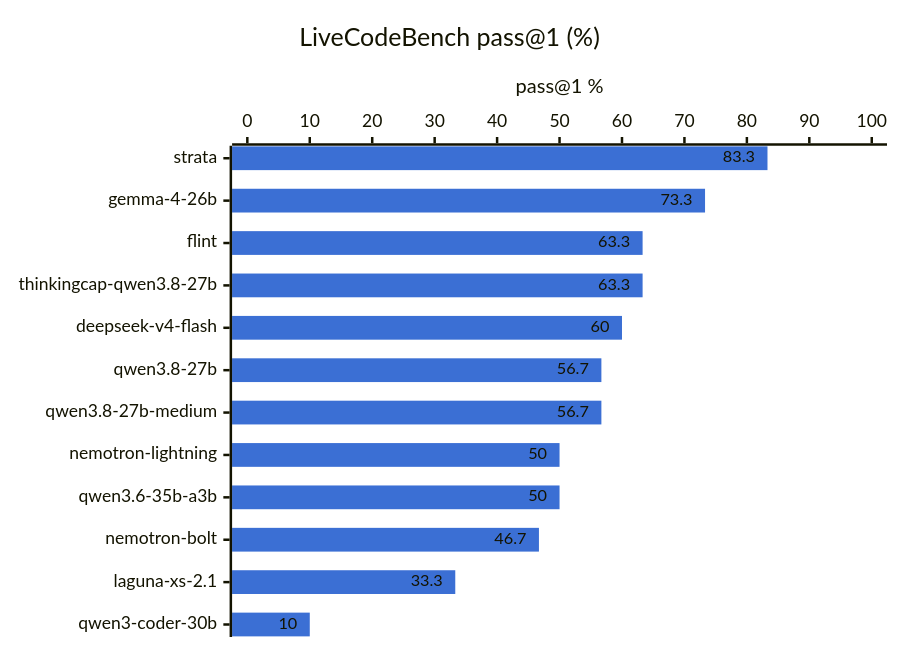
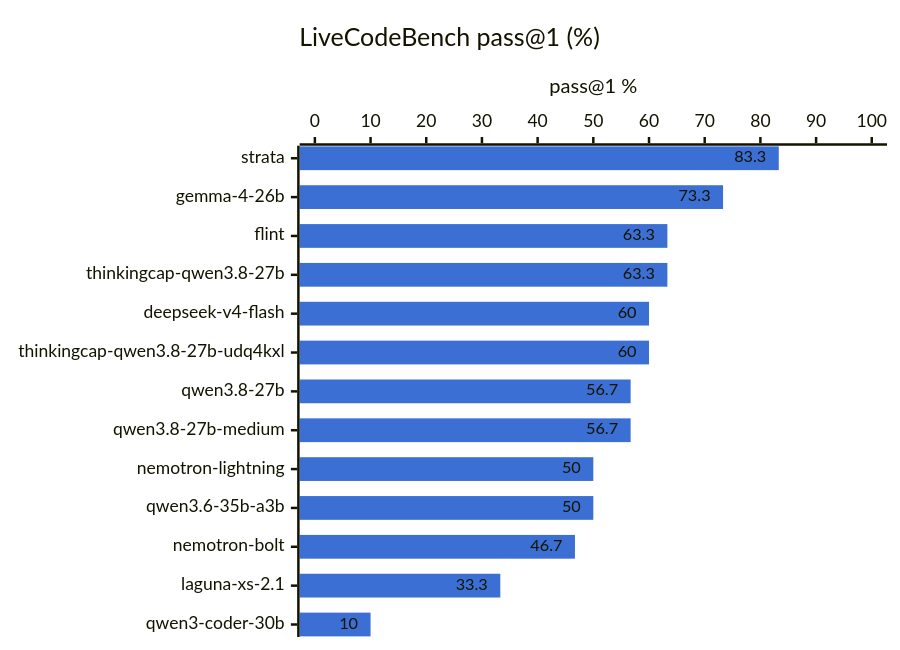
Before and after one commit to hofftodd/ai-bench: the second of 3 diagrams in RESULTS.md, drawn with Mermaid. The commit also changed other lines of this file and 4 other files, not shown here.

````diff
--- a/RESULTS.md
+++ b/RESULTS.md
@@ -20,8 +20,8 @@
 ```mermaid
 %%{init: {"xyChart": {"showDataLabel": true}, "themeVariables": {"xyChart": {"plotColorPalette": "#3b6fd4"}}}}%%
 xychart-beta horizontal
     title "LiveCodeBench pass@1 (%)"
-    x-axis ["strata", "gemma-4-26b", "flint", "thinkingcap-qwen3.8-27b", "deepseek-v4-flash", "qwen3.8-27b", "qwen3.8-27b-medium", "nemotron-lightning", "qwen3.6-35b-a3b", "nemotron-bolt", "laguna-xs-2.1", "qwen3-coder-30b"]
+    x-axis ["strata", "gemma-4-26b", "flint", "thinkingcap-qwen3.8-27b", "deepseek-v4-flash", "thinkingcap-qwen3.8-27b-udq4kxl", "qwen3.8-27b", "qwen3.8-27b-medium", "nemotron-lightning", "qwen3.6-35b-a3b", "nemotron-bolt", "laguna-xs-2.1", "qwen3-coder-30b"]
     y-axis "pass@1 %" 0 --> 100
-    bar [83.3, 73.3, 63.3, 63.3, 60.0, 56.7, 56.7, 50.0, 50.0, 46.7, 33.3, 10.0]
+    bar [83.3, 73.3, 63.3, 63.3, 60.0, 60.0, 56.7, 56.7, 50.0, 50.0, 46.7, 33.3, 10.0]
 ```
````
